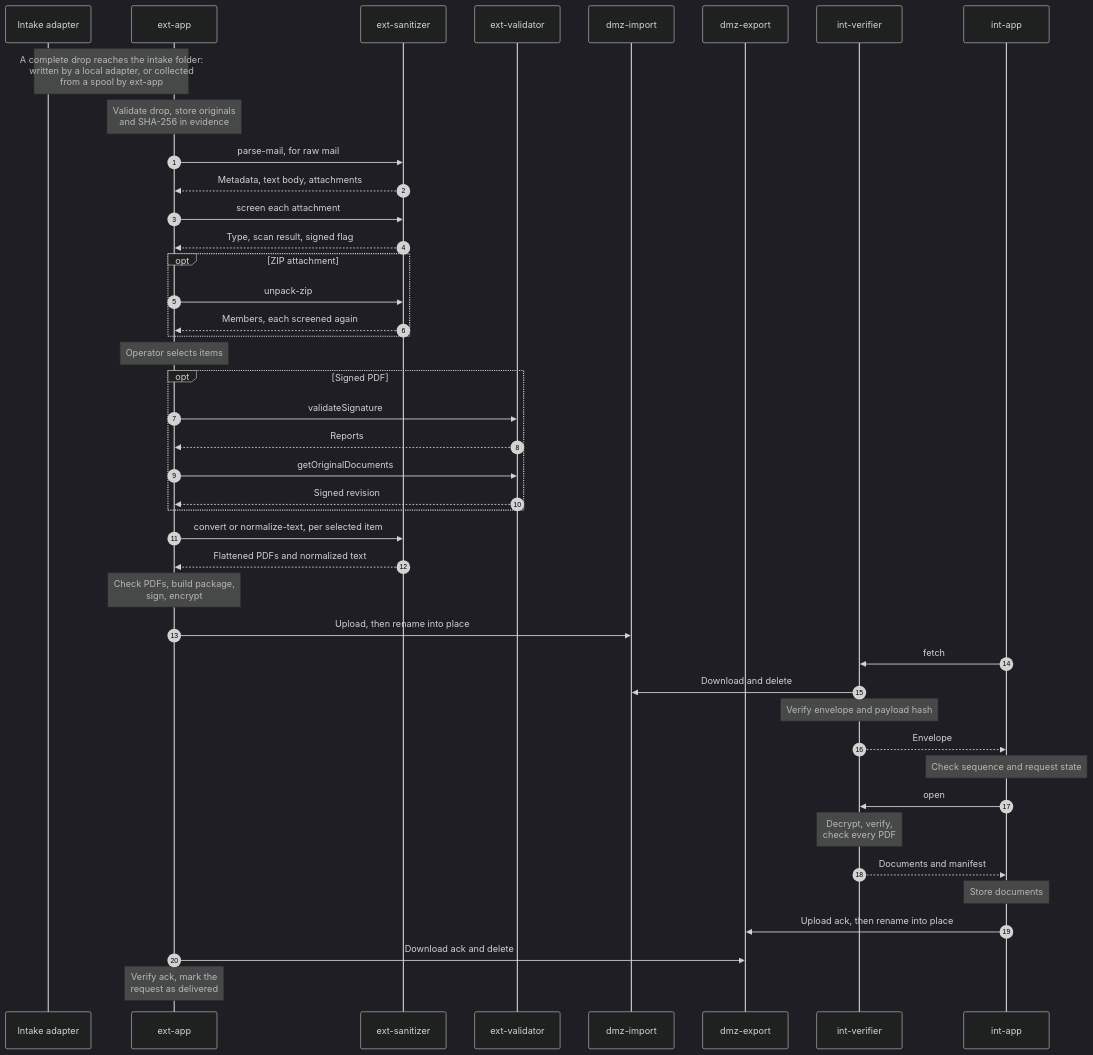
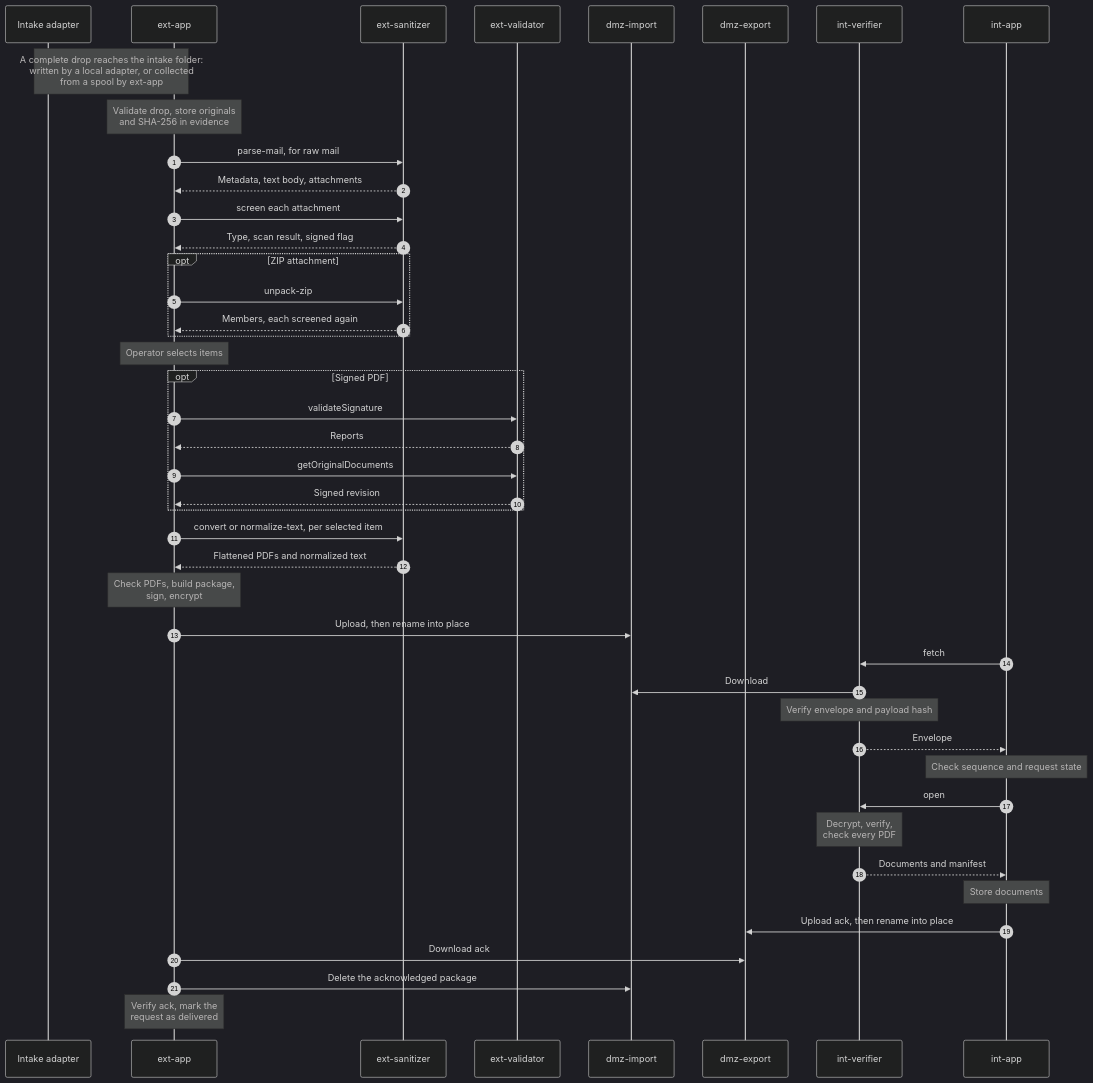
The third of 8 diagrams in document-exchange-mvp-technical-documentation.md (tgivslife/dxg-document-gateway), drawn with Mermaid (dark theme) before and after one commit. The commit also changed other lines of this file and 6 other files, not shown here.

````diff
--- a/document-exchange-mvp-technical-documentation.md
+++ b/document-exchange-mvp-technical-documentation.md
@@ -270,49 +270,50 @@
 ```mermaid
 sequenceDiagram
     accDescr: Sequence of the import flow from the intake adapter to int-app
     %% Each arrow points from the side that opens the connection.
     %% Dashed arrows are replies on the same connection.
     autonumber
     participant A as Intake adapter
     participant EC as ext-app
     participant ES as ext-sanitizer
     participant EV as ext-validator
     participant DI as dmz-import
     participant DE as dmz-export
     participant IVF as int-verifier
     participant IC as int-app
 
     Note over A,EC: A complete drop reaches the intake folder:<br/>written by a local adapter, or collected<br/>from a spool by ext-app
     Note over EC: Validate drop, store originals<br/>and SHA-256 in evidence
     EC->>ES: parse-mail, for raw mail
     ES-->>EC: Metadata, text body, attachments
     EC->>ES: screen each attachment
     ES-->>EC: Type, scan result, signed flag
     opt ZIP attachment
         EC->>ES: unpack-zip
         ES-->>EC: Members, each screened again
     end
     Note over EC: Operator selects items
     opt Signed PDF
         EC->>EV: validateSignature
         EV-->>EC: Reports
         EC->>EV: getOriginalDocuments
         EV-->>EC: Signed revision
     end
     EC->>ES: convert or normalize-text, per selected item
     ES-->>EC: Flattened PDFs and normalized text
     Note over EC: Check PDFs, build package,<br/>sign, encrypt
     EC->>DI: Upload, then rename into place
     IC->>IVF: fetch
-    IVF->>DI: Download and delete
+    IVF->>DI: Download
     Note over IVF: Verify envelope and payload hash
     IVF-->>IC: Envelope
     Note over IC: Check sequence and request state
     IC->>IVF: open
     Note over IVF: Decrypt, verify,<br/>check every PDF
     IVF-->>IC: Documents and manifest
     Note over IC: Store documents
     IC->>DE: Upload ack, then rename into place
-    EC->>DE: Download ack and delete
+    EC->>DE: Download ack
+    EC->>DI: Delete the acknowledged package
     Note over EC: Verify ack, mark the<br/>request as delivered
 ```
````
